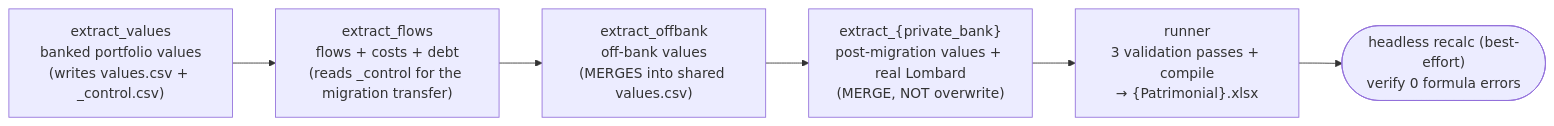
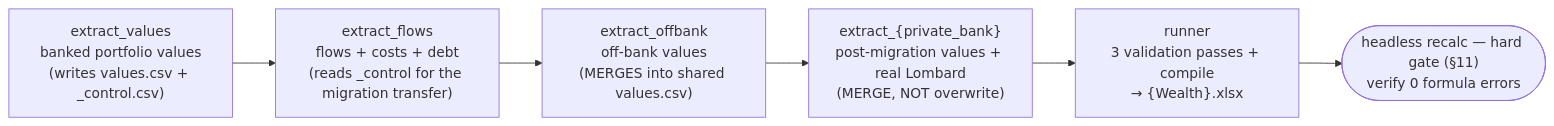
One commit to we-promise/sure changed the fourth of 4 diagrams in docs/llm-guides/patrimonial-blueprint.md. Above: the diagram before and after it, drawn with Mermaid. The commit also changed other lines of this file, not shown here.

First line of the commit message:
docs(llm-guides): replace patrimonial blueprint with its final revision

````diff
--- a/docs/llm-guides/patrimonial-blueprint.md
+++ b/docs/llm-guides/patrimonial-blueprint.md
@@ -1115,9 +1288,9 @@
 ```mermaid
 flowchart LR
     EV["extract_values<br/>banked portfolio values<br/>(writes values.csv + _control.csv)"]
     --> EF["extract_flows<br/>flows + costs + debt<br/>(reads _control for the migration transfer)"]
     EF --> EO["extract_offbank<br/>off-bank values<br/>(MERGES into shared values.csv)"]
     EO --> EP["extract_{private_bank}<br/>post-migration values + real Lombard<br/>(MERGE, NOT overwrite)"]
-    EP --> RUN["runner<br/>3 validation passes + compile<br/>→ {Patrimonial}.xlsx"]
-    RUN --> RC(["headless recalc (best-effort)<br/>verify 0 formula errors"])
+    EP --> RUN["runner<br/>3 validation passes + compile<br/>→ {Wealth}.xlsx"]
+    RUN --> RC(["headless recalc — hard gate (§11)<br/>verify 0 formula errors"])
 ```
````
